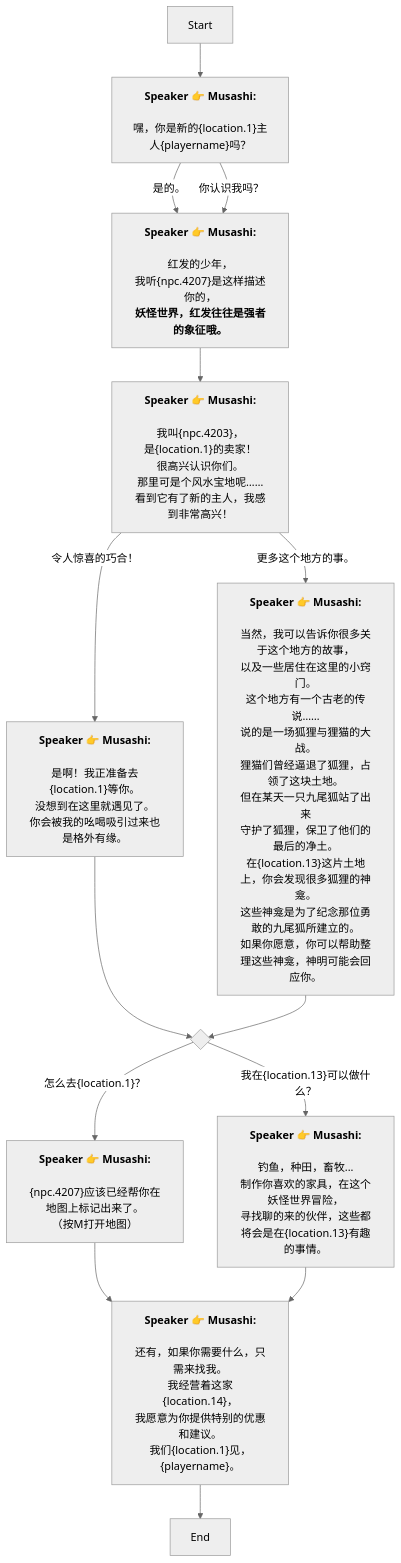
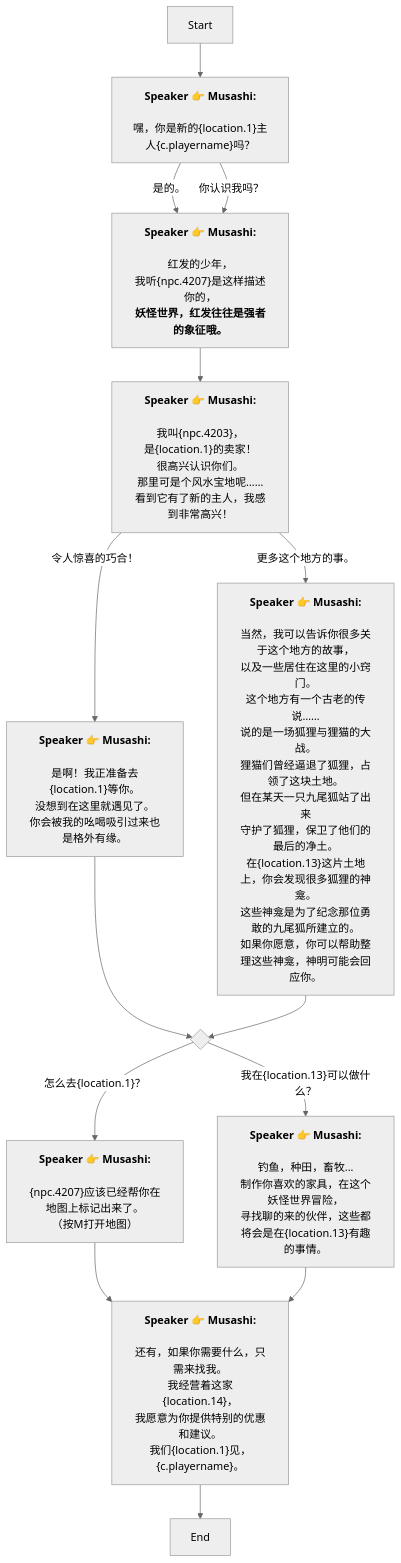
Before and after one commit to SoftHu/tos_avg: the diagram in Zh/AddDialogNode_1738912268757183.md, drawn with Mermaid (neutral theme). The commit also changed 410 other files, not shown here.

````diff
--- a/Zh/AddDialogNode_1738912268757183.md
+++ b/Zh/AddDialogNode_1738912268757183.md
@@ -1,48 +1,48 @@
 ```mermaid
 graph
 Start -->1738912725988551[<b>Speaker 👉 Musashi:</b>
-\n嘿，你是新的&lbrace;location.1&rbrace;主人&lbrace;playername&rbrace;吗？]
+\n嘿，你是新的&lbrace;location.1&rbrace;主人&lbrace;c.playername&rbrace;吗？]
 1738912725988551 -->|是的。|1738977842280613[<b>Speaker 👉 Musashi:</b>
 \n红发的少年，
 我听&lbrace;npc.4207&rbrace;是这样描述你的，
 <b>妖怪世界，红发往往是强者的象征哦。</b>]
 1738912725988551 -->|你认识我吗？|1738977842280613[<b>Speaker 👉 Musashi:</b>
 \n红发的少年，
 我听&lbrace;npc.4207&rbrace;是这样描述你的，
 <b>妖怪世界，红发往往是强者的象征哦。</b>]
 1738977842280613 -->1740664161411315[<b>Speaker 👉 Musashi:</b>
 \n我叫&lbrace;npc.4203&rbrace;，
 是&lbrace;location.1&rbrace;的卖家！
 很高兴认识你们。\n那里可是个风水宝地呢……
 看到它有了新的主人，我感到非常高兴！]
 434744559668522 -->|怎么去&lbrace;location.1&rbrace;？|1738979190730931[<b>Speaker 👉 Musashi:</b>
 \n&lbrace;npc.4207&rbrace;应该已经帮你在地图上标记出来了。
 （按M打开地图）]
 434744559668522 -->|我在&lbrace;location.13&rbrace;可以做什么？|1738979238631604[<b>Speaker 👉 Musashi:</b>
 \n钓鱼，种田，畜牧...
 制作你喜欢的家具，在这个妖怪世界冒险，
 寻找聊的来的伙伴，这些都将会是在&lbrace;location.13&rbrace;有趣的事情。]
 1740664161411315 -->|令人惊喜的巧合！|1738978238674091[<b>Speaker 👉 Musashi:</b>
 \n是啊！我正准备去&lbrace;location.1&rbrace;等你。
 没想到在这里就遇见了。
 你会被我的吆喝吸引过来也是格外有缘。]
 1740664161411315 -->|更多这个地方的事。|1738978401349804[<b>Speaker 👉 Musashi:</b>
 \n当然，我可以告诉你很多关于这个地方的故事，
 以及一些居住在这里的小窍门。\n这个地方有一个古老的传说……
 说的是一场狐狸与狸猫的大战。
 狸猫们曾经逼退了狐狸，占领了这块土地。\n但在某天一只九尾狐站了出来
 守护了狐狸，保卫了他们的最后的净土。\n在&lbrace;location.13&rbrace;这片土地上，你会发现很多狐狸的神龛。
 这些神龛是为了纪念那位勇敢的九尾狐所建立的。\n如果你愿意，你可以帮助整理这些神龛，神明可能会回应你。]
 1738978238674091 -->434744559668522{ }
 1738979190730931 -->1738979147702450[<b>Speaker 👉 Musashi:</b>
 \n还有，如果你需要什么，只需来找我。
 我经营着这家&lbrace;location.14&rbrace;，
-我愿意为你提供特别的优惠和建议。\n我们&lbrace;location.1&rbrace;见，&lbrace;playername&rbrace;。]
+我愿意为你提供特别的优惠和建议。\n我们&lbrace;location.1&rbrace;见，&lbrace;c.playername&rbrace;。]
 1738979147702450 -->1738912730366152[End]
 1738979238631604 -->1738979147702450[<b>Speaker 👉 Musashi:</b>
 \n还有，如果你需要什么，只需来找我。
 我经营着这家&lbrace;location.14&rbrace;，
-我愿意为你提供特别的优惠和建议。\n我们&lbrace;location.1&rbrace;见，&lbrace;playername&rbrace;。]
+我愿意为你提供特别的优惠和建议。\n我们&lbrace;location.1&rbrace;见，&lbrace;c.playername&rbrace;。]
 1738978401349804 -->434744559668522{ }
 
 ```
````
